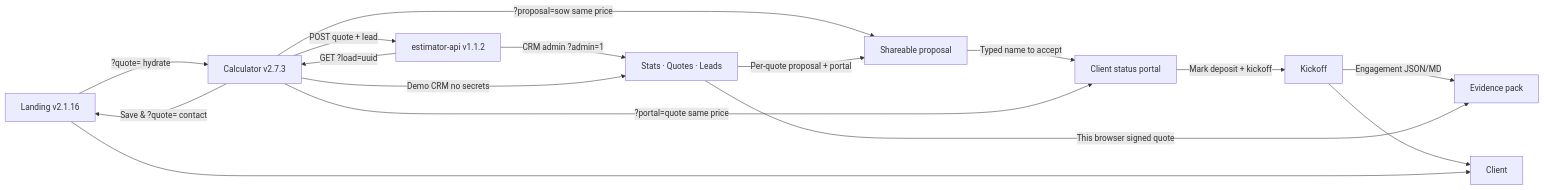
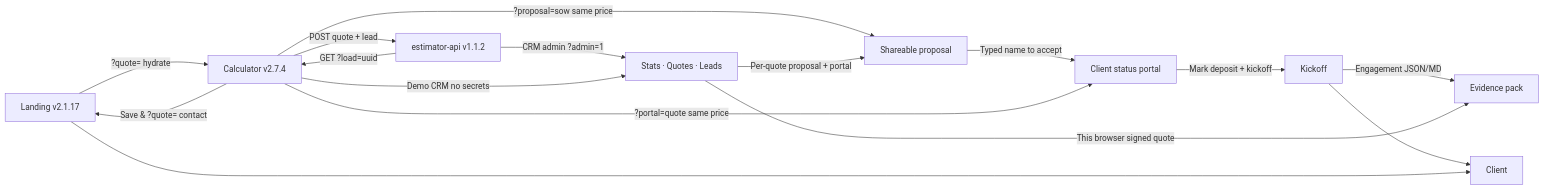
One commit to pixellayer7-jpg/pixellayer7-jpg changed the diagram in README.md. Above: the diagram before and after it, drawn with Mermaid. The commit also changed other lines of this file and 4 other files, not shown here.

````diff
--- a/README.md
+++ b/README.md
@@ -21,18 +21,18 @@
 ```mermaid
 flowchart LR
-  A[Landing v2.1.16] -->|?quote= hydrate| B[Calculator v2.7.3]
+  A[Landing v2.1.17] -->|?quote= hydrate| B[Calculator v2.7.4]
   B -->|Save & ?quote= contact| A
   B -->|?proposal=sow same price| R[Shareable proposal]
   R -->|Typed name to accept| P[Client status portal]
   P -->|Mark deposit + kickoff| K[Kickoff]
   K -->|Engagement JSON/MD| X[Evidence pack]
   B -->|?portal=quote same price| P
   B -->|POST quote + lead| D[estimator-api v1.1.2]
   D -->|CRM admin ?admin=1| E[Stats · Quotes · Leads]
   B -->|Demo CRM no secrets| E
   E -->|This browser signed quote| X
   E -->|Per-quote proposal + portal| R
   K --> F[Client]
   D -->|GET ?load=uuid| B
   A --> F[Client]
 ```
````
